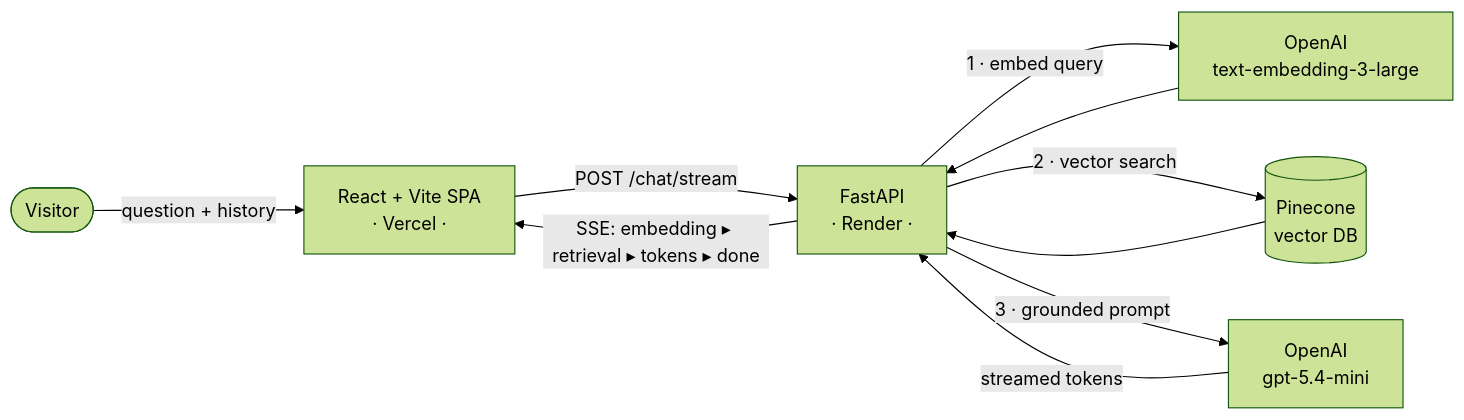
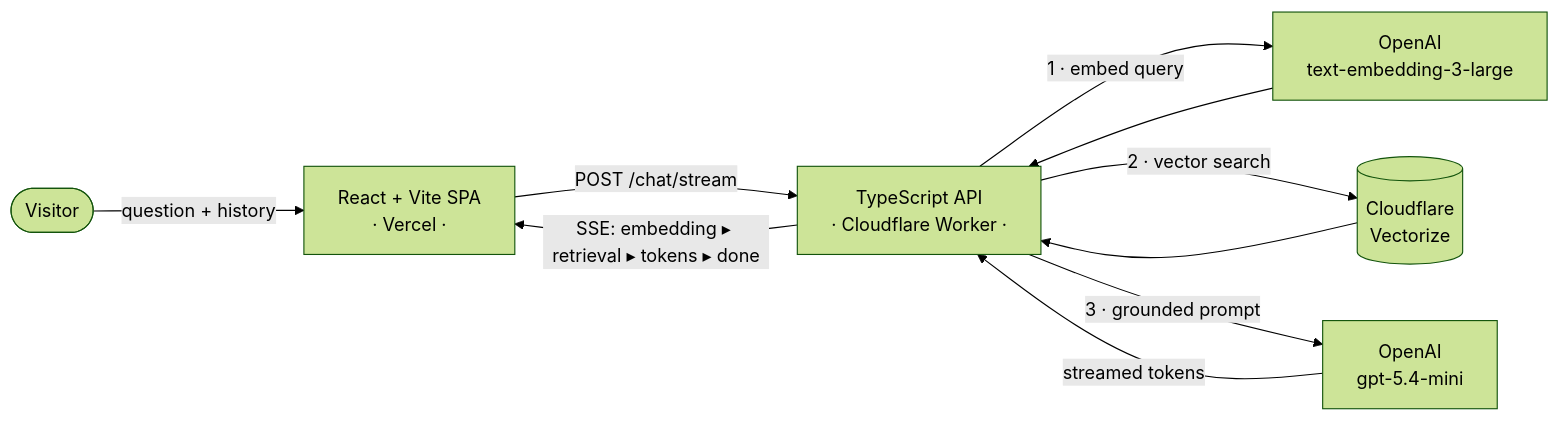
Before and after one commit to shinic1/Portfolio: the diagram in README.md, drawn with Mermaid (forest theme). The commit also changed other lines of this file and 23 other files, not shown here.

````diff
--- a/README.md
+++ b/README.md
@@ -38,12 +36,12 @@
 ```mermaid
 flowchart LR
   U([Visitor]) -->|question + history| FE[React + Vite SPA<br/>· Vercel ·]
-  FE -->|POST /chat/stream| BE[FastAPI<br/>· Render ·]
-  BE -->|1 · embed query| E[OpenAI<br/>text-embedding-3-large]
-  E --> BE
-  BE -->|2 · vector search| P[(Pinecone<br/>vector DB)]
-  P --> BE
-  BE -->|3 · grounded prompt| G[OpenAI<br/>gpt-5.4-mini]
-  G -->|streamed tokens| BE
-  BE -->|SSE: embedding ▸ retrieval ▸ tokens ▸ done| FE
+  FE -->|POST /chat/stream| W[TypeScript API<br/>· Cloudflare Worker ·]
+  W -->|1 · embed query| E[OpenAI<br/>text-embedding-3-large]
+  E --> W
+  W -->|2 · vector search| V[(Cloudflare<br/>Vectorize)]
+  V --> W
+  W -->|3 · grounded prompt| G[OpenAI<br/>gpt-5.4-mini]
+  G -->|streamed tokens| W
+  W -->|SSE: embedding ▸ retrieval ▸ tokens ▸ done| FE
 ```
````
